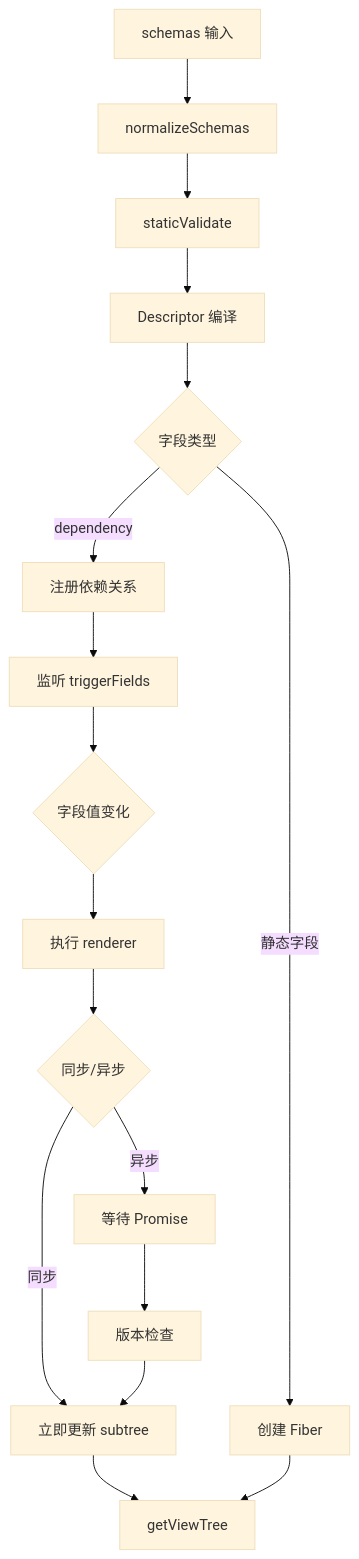
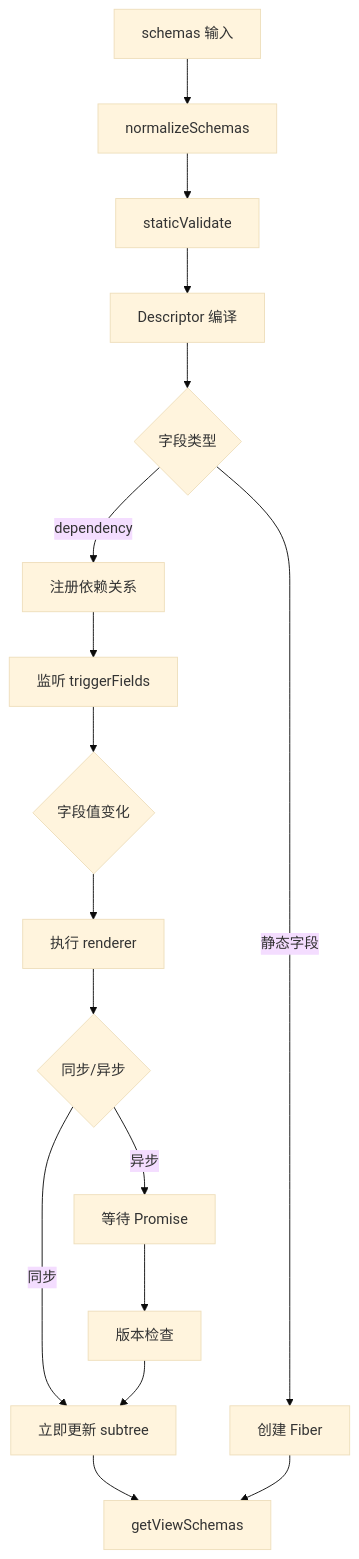
Before and after one commit to Jiohon/schemx: the sixth of 6 diagrams in packages/core/README.md, drawn with Mermaid (base theme). The commit also changed other lines of this file and 85 other files, not shown here.

First line of the commit message:
refactor(core)!: 统一视图 schema 与核心类型导出

````diff
--- a/packages/core/README.md
+++ b/packages/core/README.md
@@ -602,23 +600,23 @@
 ```mermaid
 flowchart TB
     A[schemas 输入] --> B[normalizeSchemas]
     B --> C[staticValidate]
     C --> D[Descriptor 编译]
 
     D --> E{字段类型}
     E -->|静态字段| F[创建 Fiber]
     E -->|dependency| G[注册依赖关系]
 
     G --> H[监听 triggerFields]
     H --> I{字段值变化}
     I --> J[执行 renderer]
     J --> K{同步/异步}
 
     K -->|同步| L[立即更新 subtree]
     K -->|异步| M[等待 Promise]
     M --> N[版本检查]
     N --> L
 
-    L --> O[getViewTree]
+    L --> O[getViewSchemas]
     F --> O
 ```
````
